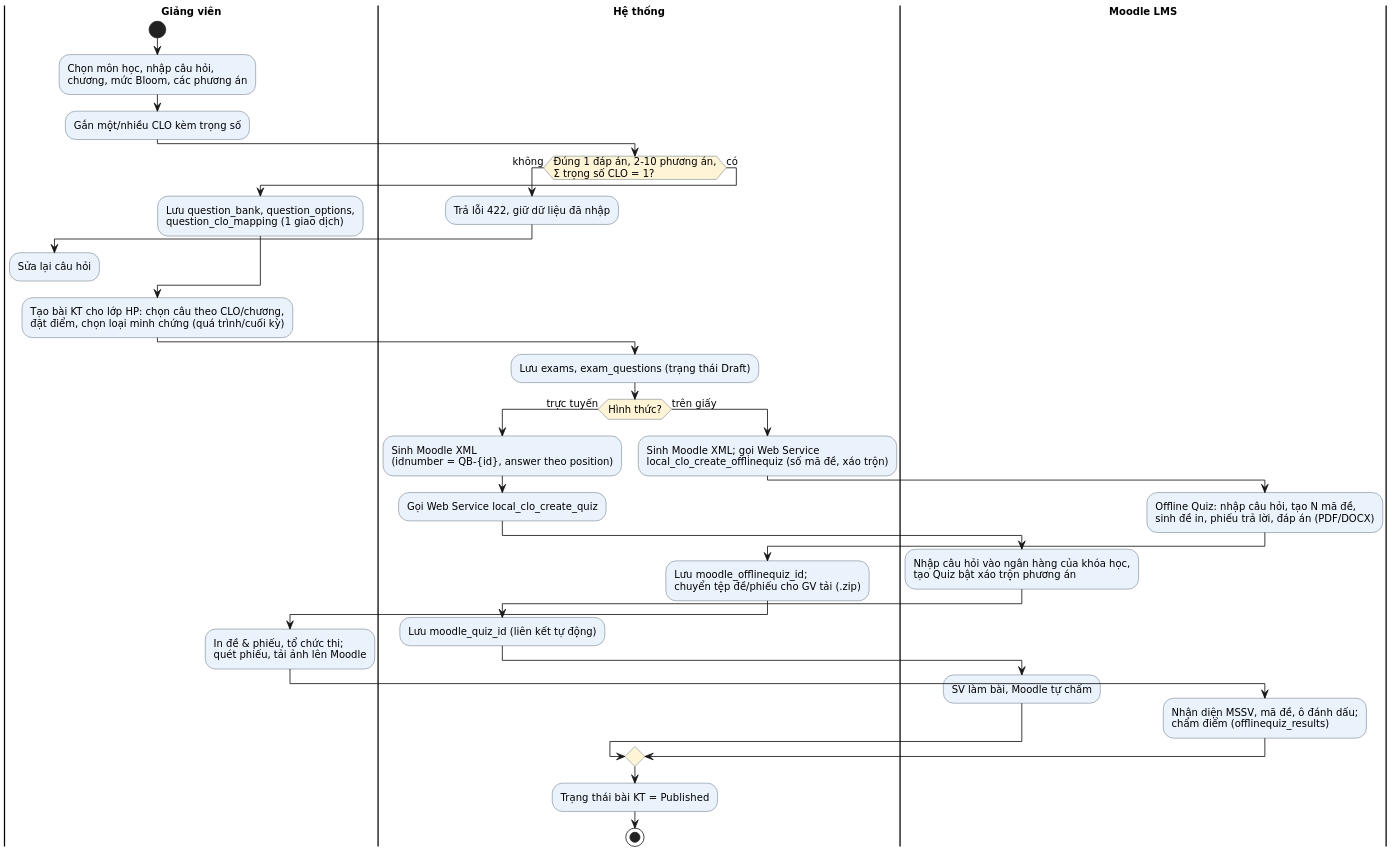
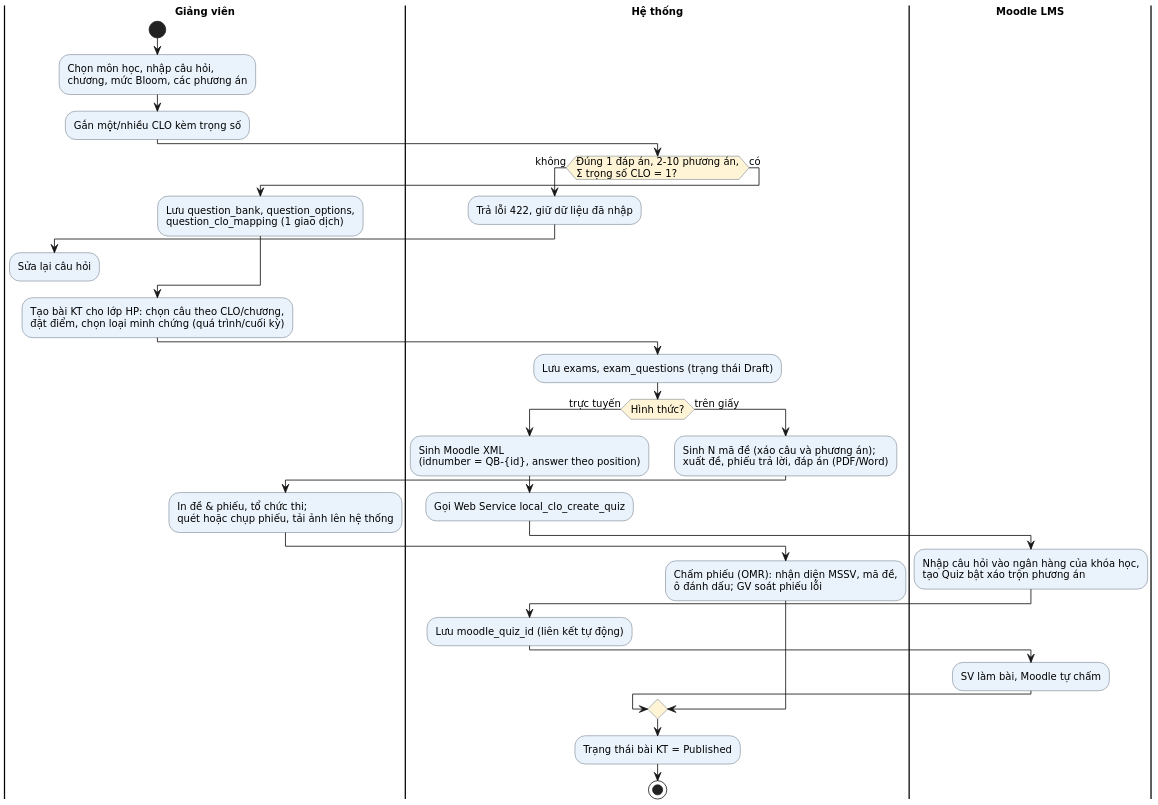
One commit to NguyenTanYen/TLCN changed the diagram in docs/diagrams/act1.puml. Above: the diagram before and after it, drawn with PlantUML. The commit also changed 22 other files, not shown here.

```diff
--- a/docs/diagrams/act1.puml
+++ b/docs/diagrams/act1.puml
@@ -1,51 +1,47 @@
 @startuml
 skinparam defaultFontName "DejaVu Sans"
 skinparam defaultFontSize 12
 skinparam dpi 160
 skinparam shadowing false
 skinparam ActivityBackgroundColor #EAF2FB
 skinparam ActivityBorderColor #445566
 skinparam ActivityDiamondBackgroundColor #FFF4D6
 skinparam SwimlaneTitleFontStyle bold
 |Giảng viên|
 start
 :Chọn môn học, nhập câu hỏi,\nchương, mức Bloom, các phương án;
 :Gắn một/nhiều CLO kèm trọng số;
 |Hệ thống|
 if (Đúng 1 đáp án, 2–10 phương án,\nΣ trọng số CLO = 1?) then (không)
   :Trả lỗi 422, giữ dữ liệu đã nhập;
   |Giảng viên|
   :Sửa lại câu hỏi;
   detach
 else (có)
   :Lưu question_bank, question_options,\nquestion_clo_mapping (1 giao dịch);
 endif
 |Giảng viên|
 :Tạo bài KT cho lớp HP: chọn câu theo CLO/chương,\nđặt điểm, chọn loại minh chứng (quá trình/cuối kỳ);
 |Hệ thống|
 :Lưu exams, exam_questions (trạng thái Draft);
 if (Hình thức?) then (trực tuyến)
   :Sinh Moodle XML\n(idnumber = QB-{id}, answer theo position);
   :Gọi Web Service local_clo_create_quiz;
   |Moodle LMS|
   :Nhập câu hỏi vào ngân hàng của khóa học,\ntạo Quiz bật xáo trộn phương án;
   |Hệ thống|
   :Lưu moodle_quiz_id (liên kết tự động);
   |Moodle LMS|
   :SV làm bài, Moodle tự chấm;
 else (trên giấy)
   |Hệ thống|
-  :Sinh Moodle XML; gọi Web Service\nlocal_clo_create_offlinequiz (số mã đề, xáo trộn);
-  |Moodle LMS|
-  :Offline Quiz: nhập câu hỏi, tạo N mã đề,\nsinh đề in, phiếu trả lời, đáp án (PDF/DOCX);
+  :Sinh N mã đề (xáo câu và phương án);\nxuất đề, phiếu trả lời, đáp án (PDF/Word);
+  |Giảng viên|
+  :In đề & phiếu, tổ chức thi;\nquét hoặc chụp phiếu, tải ảnh lên hệ thống;
   |Hệ thống|
-  :Lưu moodle_offlinequiz_id;\nchuyển tệp đề/phiếu cho GV tải (.zip);
-  |Giảng viên|
-  :In đề & phiếu, tổ chức thi;\nquét phiếu, tải ảnh lên Moodle;
-  |Moodle LMS|
-  :Nhận diện MSSV, mã đề, ô đánh dấu;\nchấm điểm (offlinequiz_results);
+  :Chấm phiếu (OMR): nhận diện MSSV, mã đề,\nô đánh dấu; GV soát phiếu lỗi;
 endif
 |Hệ thống|
 :Trạng thái bài KT = Published;
 stop
 @enduml
```
